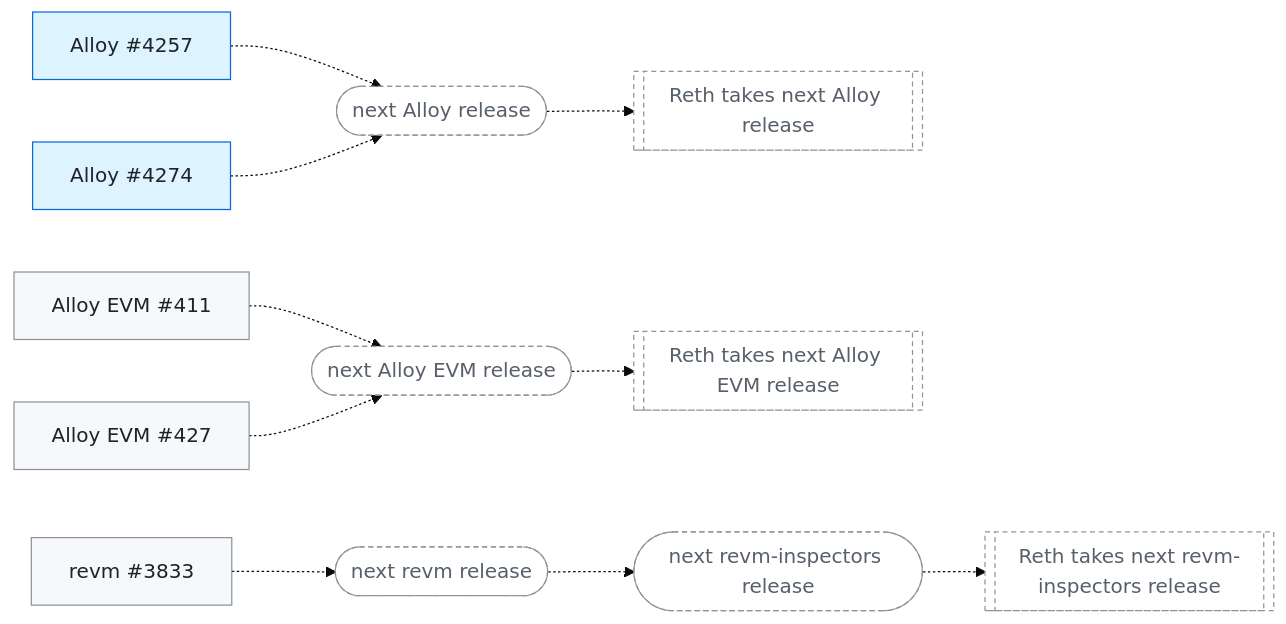
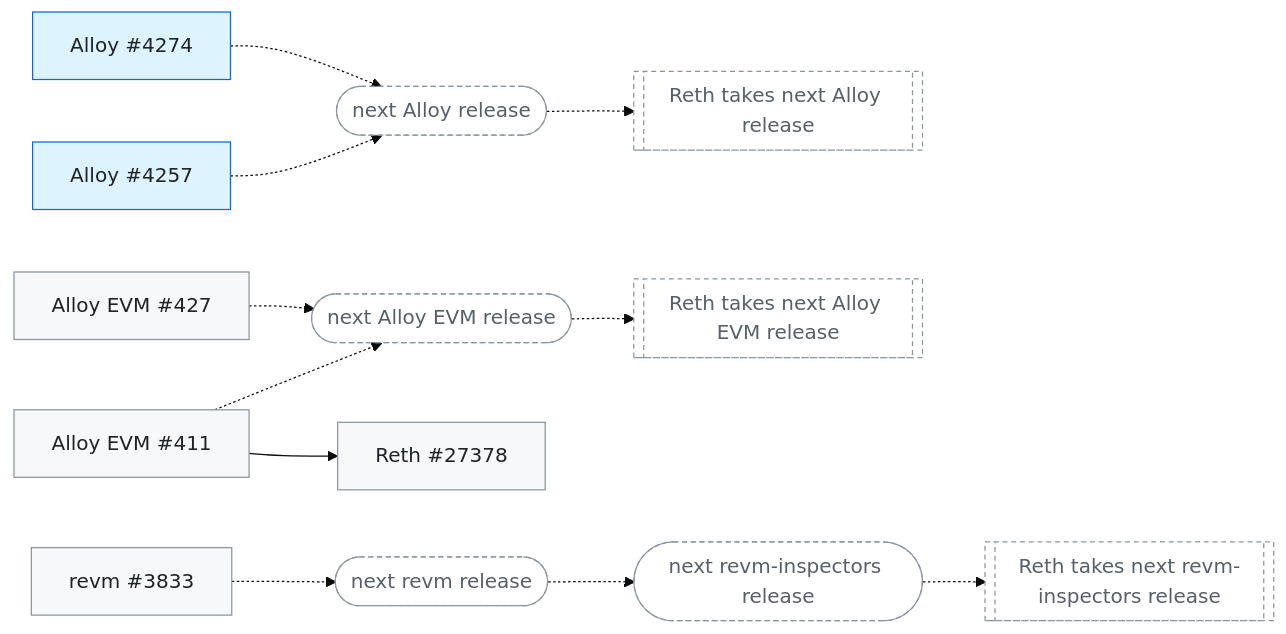
One commit to banteg/trace-interop changed the diagram in docs/client-fixes.md. Above: the diagram before and after it, drawn with Mermaid (base theme). The commit also changed other lines of this file and 15 other files, not shown here.

````diff
--- a/docs/client-fixes.md
+++ b/docs/client-fixes.md
@@ -146,27 +146,29 @@
 ```mermaid
 flowchart LR
   Alloy_4257["Alloy #4257"]:::merged
   next_Alloy_release(["next Alloy release"]):::pending
   Reth_takes_next_Alloy_release[["Reth takes next Alloy release"]]:::pending
   Alloy_4274["Alloy #4274"]:::merged
   Alloy_EVM_411["Alloy EVM #411"]:::open
   next_Alloy_EVM_release(["next Alloy EVM release"]):::pending
   Reth_takes_next_Alloy_EVM_release[["Reth takes next Alloy EVM release"]]:::pending
   Alloy_EVM_427["Alloy EVM #427"]:::open
+  Reth_27378["Reth #27378"]:::open
   revm_3833["revm #3833"]:::open
   next_revm_release(["next revm release"]):::pending
   next_revm_inspectors_release(["next revm-inspectors release"]):::pending
   Reth_takes_next_revm_inspectors_release[["Reth takes next revm-inspectors release"]]:::pending
   Alloy_4257 -.-> next_Alloy_release
   next_Alloy_release -.-> Reth_takes_next_Alloy_release
   Alloy_4274 -.-> next_Alloy_release
   Alloy_EVM_411 -.-> next_Alloy_EVM_release
   next_Alloy_EVM_release -.-> Reth_takes_next_Alloy_EVM_release
   Alloy_EVM_427 -.-> next_Alloy_EVM_release
+  Alloy_EVM_411 --> Reth_27378
   revm_3833 -.-> next_revm_release
   next_revm_release -.-> next_revm_inspectors_release
   next_revm_inspectors_release -.-> Reth_takes_next_revm_inspectors_release
   classDef open fill:#f6f8fa,stroke:#8c959f,color:#1f2328
   classDef merged fill:#ddf4ff,stroke:#0969da,color:#1f2328
   classDef pending fill:#ffffff,stroke:#8c959f,stroke-dasharray:4 3,color:#57606a
 ```
````
